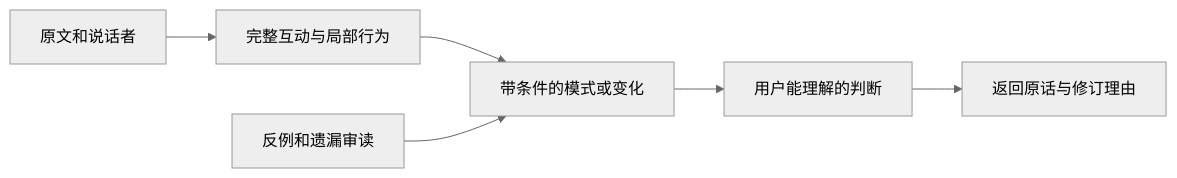
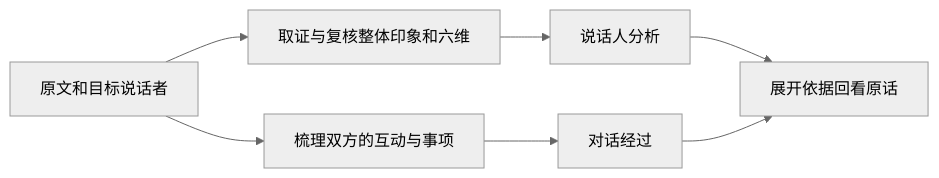
Before and after one commit to soflanx/conversation-mirror-design: the second of 2 diagrams in docs/design.md, drawn with Mermaid (neutral theme). The commit also changed other lines of this file and 3 other files, not shown here.

````diff
--- a/docs/design.md
+++ b/docs/design.md
@@ -119,8 +130,9 @@
 ```mermaid
 flowchart LR
-    S[原文和说话者] --> E[完整互动与局部行为]
-    E --> P[带条件的模式或变化]
-    P --> J[用户能理解的判断]
-    R[反例和遗漏审读] --> P
-    J --> V[返回原话与修订理由]
+    S[原文和目标说话者] --> P[取证与复核整体印象和六维]
+    S --> E[梳理双方的互动与事项]
+    P --> I[说话人分析]
+    E --> C[对话经过]
+    I --> Q[展开依据回看原话]
+    C --> Q
 ```
````
